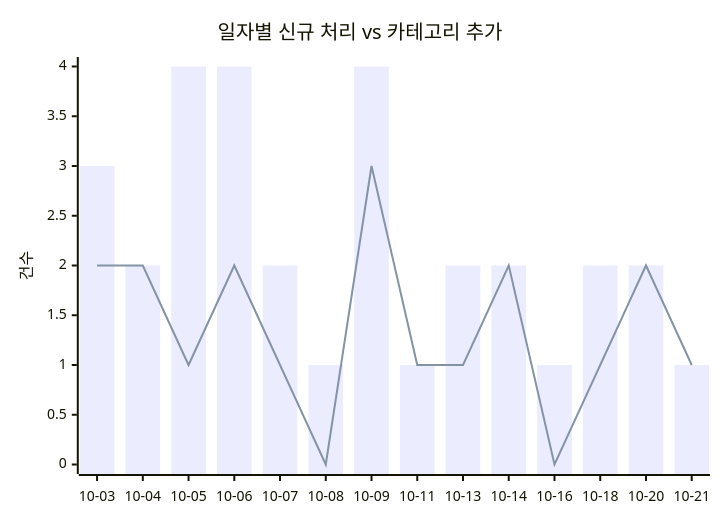
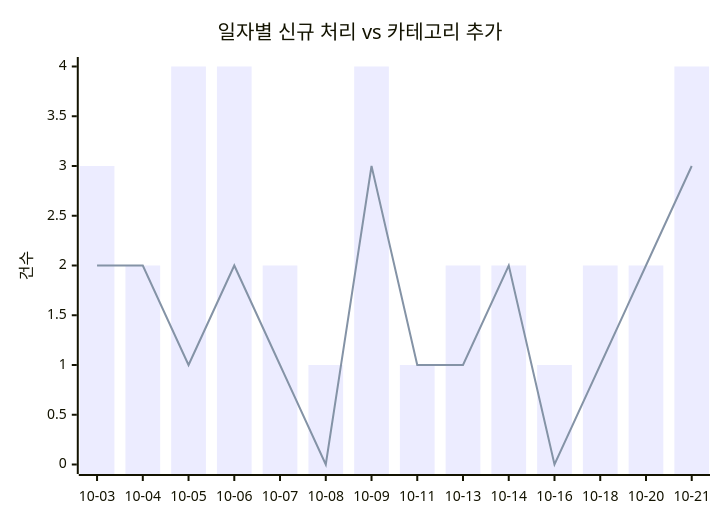
Before and after one commit to J-nowcow/awesome-korean-agent-skills: the first of 2 diagrams in docs/trends.md, drawn with Mermaid. The commit also changed other lines of this file and 5 other files, not shown here.

````diff
--- a/docs/trends.md
+++ b/docs/trends.md
@@ -32,8 +32,8 @@
 ```mermaid
 xychart-beta
     title "일자별 신규 처리 vs 카테고리 추가"
     x-axis ["10-03","10-04","10-05","10-06","10-07","10-08","10-09","10-11","10-13","10-14","10-16","10-18","10-20","10-21"]
     y-axis "건수"
-    bar [3,2,4,4,2,1,4,1,2,2,1,2,2,1]
-    line [2,2,1,2,1,0,3,1,1,2,0,1,2,1]
+    bar [3,2,4,4,2,1,4,1,2,2,1,2,2,4]
+    line [2,2,1,2,1,0,3,1,1,2,0,1,2,3]
 ```
````
